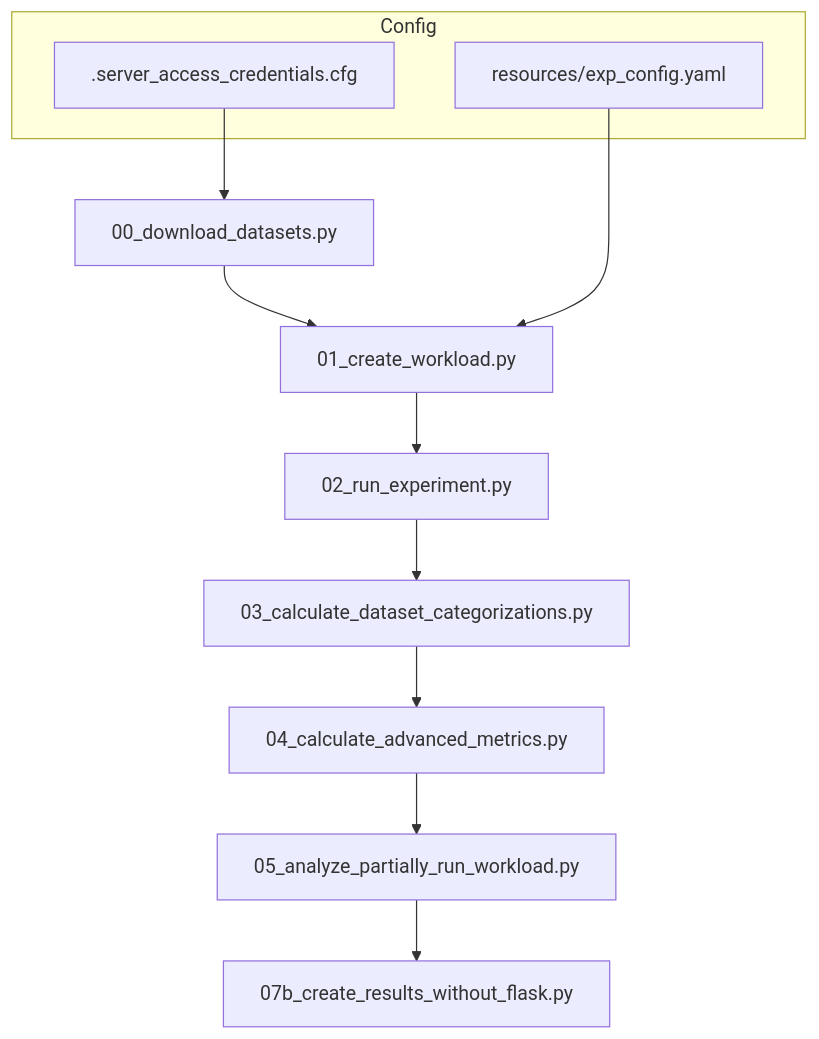
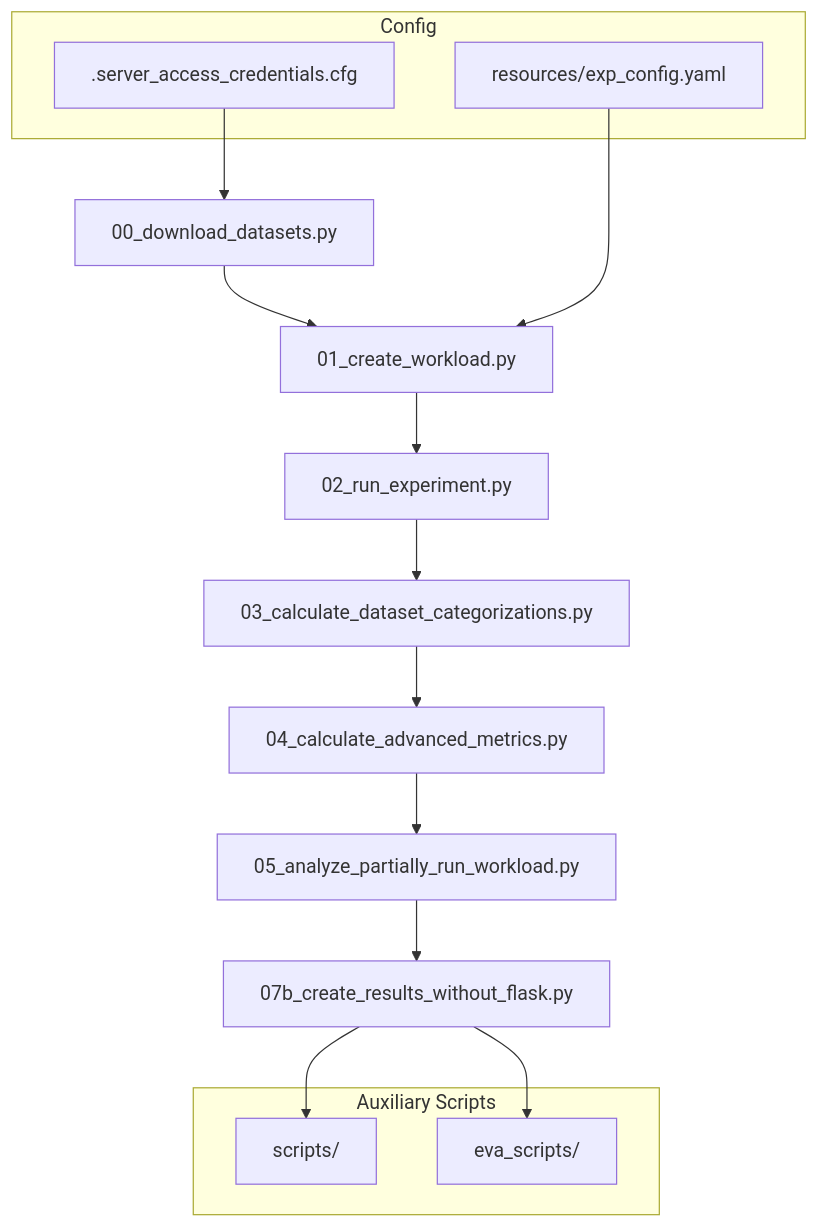
One commit to jgonsior/olympic-games-of-active-learning changed the diagram in docs/index.md. Above: the diagram before and after it, drawn with Mermaid. The commit also changed other lines of this file and 4 other files, not shown here.

Commit message:
docs: add scripts and eva_scripts documentation with paper details

````diff
--- a/docs/index.md
+++ b/docs/index.md
@@ -41,17 +51,24 @@
 ```mermaid
 flowchart TD
     A[00_download_datasets.py] --> B[01_create_workload.py]
     B --> C[02_run_experiment.py]
     C --> D[03_calculate_dataset_categorizations.py]
     D --> E[04_calculate_advanced_metrics.py]
     E --> F[05_analyze_partially_run_workload.py]
     F --> G[07b_create_results_without_flask.py]
     
     subgraph Config
         CFG1[.server_access_credentials.cfg]
         CFG2[resources/exp_config.yaml]
     end
     
+    subgraph Auxiliary["Auxiliary Scripts"]
+        S1[scripts/]
+        S2[eva_scripts/]
+    end
+    
     CFG1 --> A
     CFG2 --> B
+    G --> S1
+    G --> S2
 ```
````
